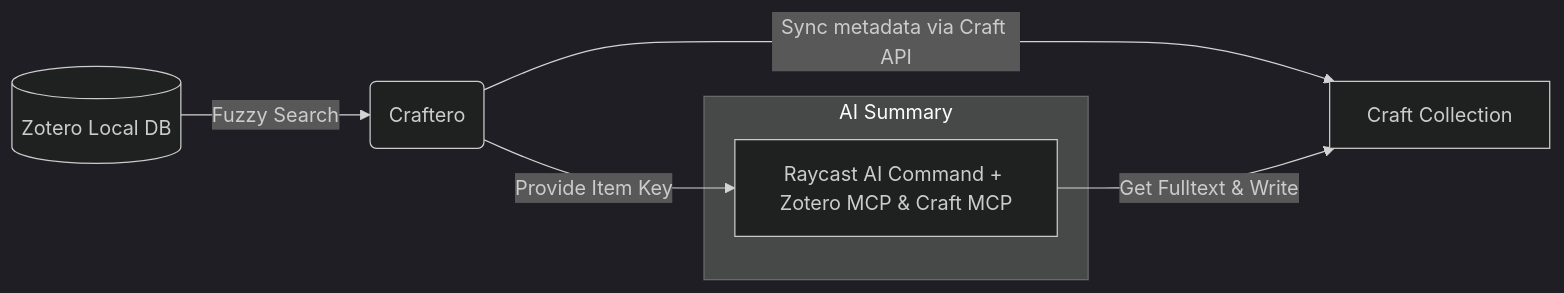
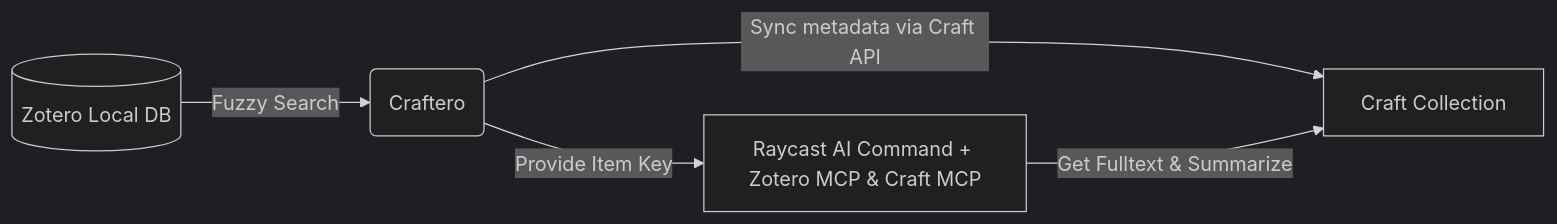
The diagram in README.md (TomBener/craftero), drawn with Mermaid (dark theme) before and after one commit.

Commit message:
Update workflow diagram

````diff
--- a/README.md
+++ b/README.md
@@ -12,10 +12,7 @@
 ```mermaid
 graph LR
     Z[(Zotero Local DB)] -- "Fuzzy Search" --> R(Craftero)
     R -- "Sync metadata via Craft API" --> C["Craft Collection"]
-    R -- "Provide Item Key" --> AI
-    subgraph "AI Summary"
-    AI["Raycast AI Command + Zotero MCP & Craft MCP"]
-    end
-    AI -- "Get Fulltext & Write" --> C
+    R -- "Provide Item Key" --> AI["Raycast AI Command + Zotero MCP & Craft MCP"]
+    AI -- "Get Fulltext & Summarize" --> C
 ```
````
